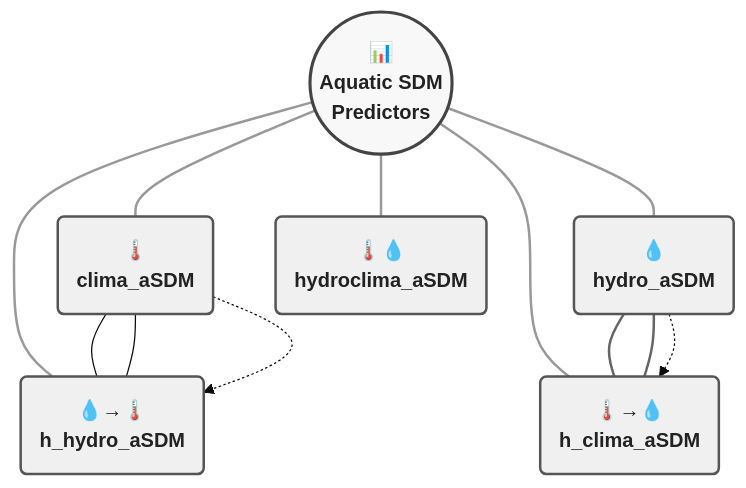
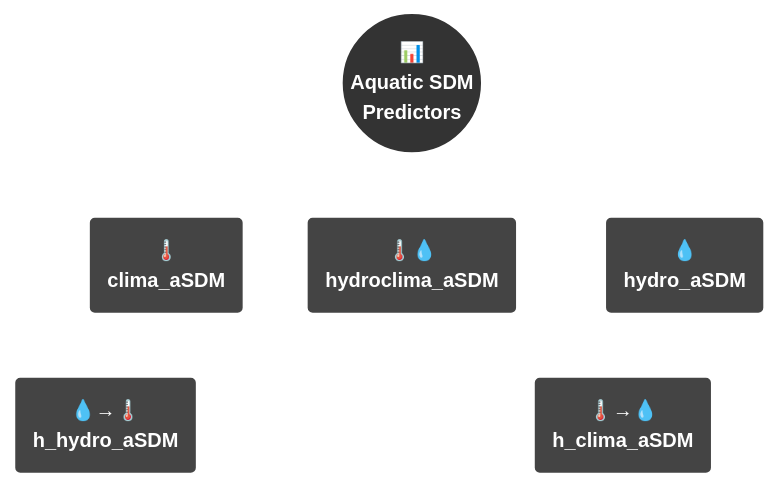
Before and after one commit to Vagenas7119/aSDMs: the diagram in README.md, drawn with Mermaid. The commit also changed other lines of this file, not shown here.

````diff
--- a/README.md
+++ b/README.md
@@ -96,41 +96,33 @@
 ```mermaid
-%%{init: {'theme': 'base', 'themeVariables': { 
+%%{init: {'theme': 'base', 'themeVariables': {
     'fontFamily': 'Arial',
-    'primaryColor': '#f5f5f5',
-    'primaryBorderColor': '#666',
-    'primaryTextColor': '#222',
-    'nodeTextMargin': 8
-}, 'config': {'fontSize': 14}}}%%
+    'primaryColor': '#333',
+    'primaryBorderColor': '#fff',
+    'primaryTextColor': '#fff',
+    'lineColor': '#fff',
+    'arrowheadColor': '#fff',
+    'textColor': '#fff'
+}}}%%
 flowchart TD
     A(("<b>📊<br/>Aquatic SDM<br/>Predictors</b>")):::centerNode
     B("<b>🌡️<br/>clima_aSDM</b>"):::outerNode
-    C("<b>💧<br/>hydro_aSDM</b>"):::outerNode 
+    C("<b>💧<br/>hydro_aSDM</b>"):::outerNode
     D("<b>🌡️💧<br/>hydroclima_aSDM</b>"):::outerNode
     E("<b>🌡️→💧<br/>h_clima_aSDM</b>"):::outerNode
     F("<b>💧→🌡️<br/>h_hydro_aSDM</b>"):::outerNode
 
-    A --- B
-    A --- C
-    A --- D
-    A --- E
-    A --- F
+    A --o B
+    A --o C
+    A --o D
+    A --o E
+    A --o F
+    B --o F
+    C --o E
+
+    classDef centerNode stroke:#fff,stroke-width:3px,fill:#333
+    classDef outerNode stroke:#fff,stroke-width:2px,fill:#444
     
-    %% Existing connections
-    B --- F
-    C --- E
-    
-    %% New double connections
-    C --- E
-    B --- F
-    
-    %% Alternative for visual distinction (using different line styles)
-    B -.-> F
-    C -.-> E
+    linkStyle default stroke:#fff,stroke-width:2px
+    linkStyle 5,6 stroke:#fff,stroke-width:3px
 
-    classDef centerNode stroke:#444,stroke-width:2.5px,fill:#f8f8f8
-    classDef outerNode stroke:#555,stroke-width:2px,fill:#f0f0f0
-    
-    %% Radial layout adjustments
-    linkStyle 0,1,2,3,4 stroke:#999,stroke-width:2px
-    linkStyle 6,7 stroke:#666,stroke-width:2px,stroke-dasharray:5  %% Dashed for distinction
 ```
````
